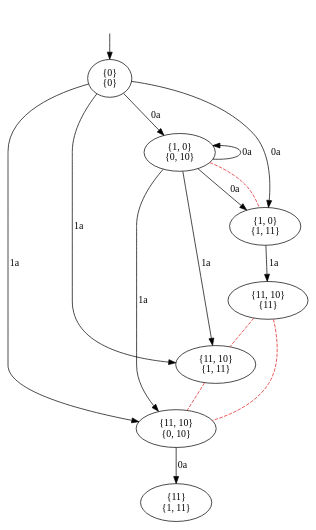
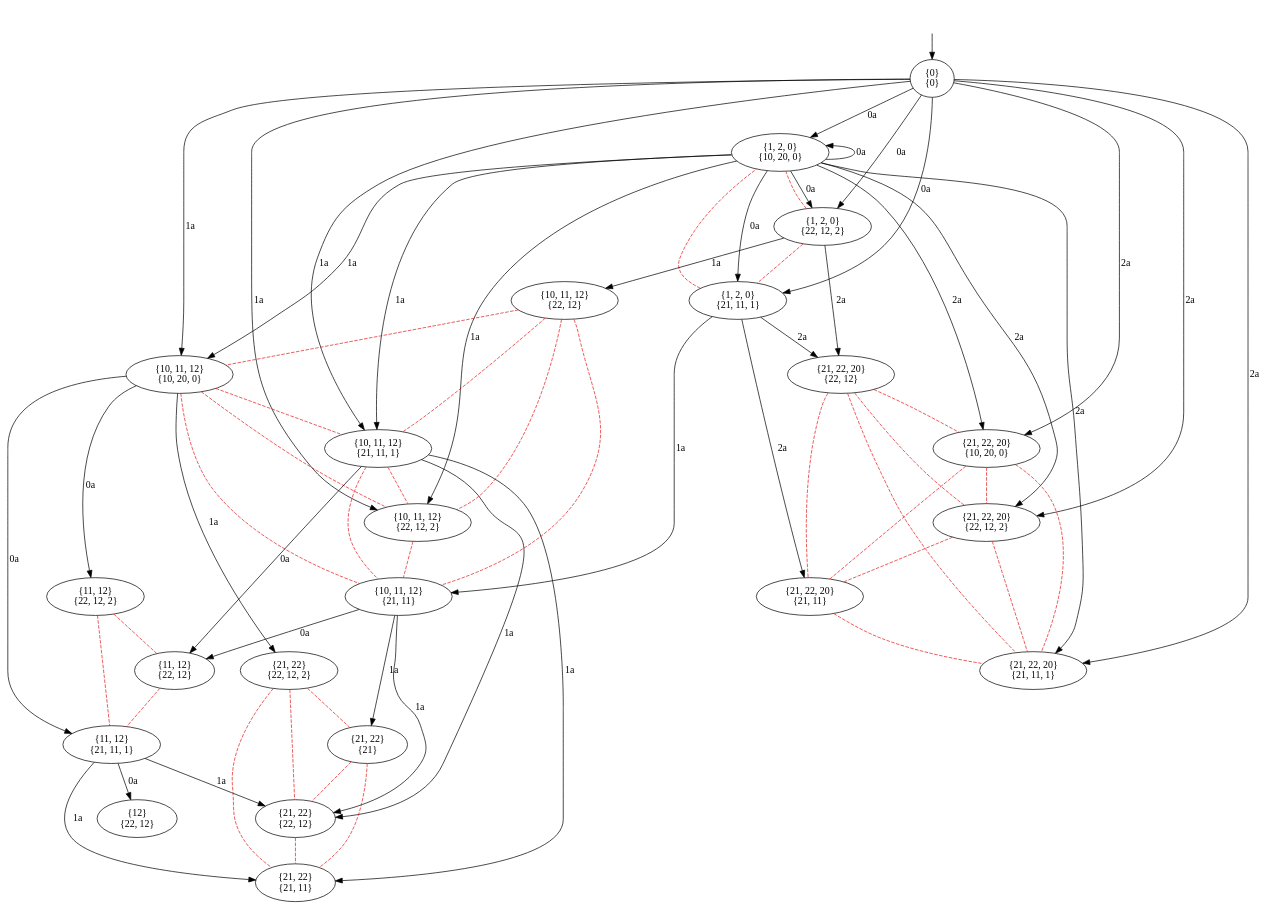
One commit to olandr/mkbsc changed the diagram in pictures/GK0.dot. Above: the diagram before and after it, drawn with Graphviz. The commit also changed 4 other files, not shown here.

```diff
--- a/pictures/GK0.dot
+++ b/pictures/GK0.dot
@@ -1,29 +1,97 @@
 digraph  {
 concentrate=False;
 nodesep=0.5;
 ranksep=0.5;
 splines=True;
-4552396136 [label="{0}\n{0}"];
-4552394680 [label="{1, 0}\n{0, 10}"];
-4552395744 [label="{11, 10}\n{0, 10}"];
-4552394456 [label="{1, 0}\n{1, 11}"];
-4552664904 [label="{11, 10}\n{1, 11}"];
-4552666976 [label="{11}\n{1, 11}"];
-4552665128 [label="{11, 10}\n{11}"];
+4645279784 [label="{0}\n{0}"];
+4645281128 [label="{1, 2, 0}\n{10, 20, 0}"];
+4645281408 [label="{10, 11, 12}\n{10, 20, 0}"];
+4645280568 [label="{21, 22, 20}\n{10, 20, 0}"];
+4645281744 [label="{1, 2, 0}\n{21, 11, 1}"];
+4645280512 [label="{10, 11, 12}\n{21, 11, 1}"];
+4645280736 [label="{21, 22, 20}\n{21, 11, 1}"];
+4645279840 [label="{1, 2, 0}\n{22, 12, 2}"];
+4645279504 [label="{10, 11, 12}\n{22, 12, 2}"];
+4645280624 [label="{21, 22, 20}\n{22, 12, 2}"];
+4645250552 [label="{11, 12}\n{21, 11, 1}"];
+4645249712 [label="{11, 12}\n{22, 12, 2}"];
+4645250832 [label="{21, 22}\n{22, 12, 2}"];
+4645250944 [label="{10, 11, 12}\n{21, 11}"];
+4645251504 [label="{21, 22, 20}\n{21, 11}"];
+4645251616 [label="{21, 22, 20}\n{22, 12}"];
+4645251168 [label="{21, 22}\n{21, 11}"];
+4645251896 [label="{11, 12}\n{22, 12}"];
+4645251784 [label="{21, 22}\n{22, 12}"];
+4645252120 [label="{10, 11, 12}\n{22, 12}"];
+4645251672 [label="{12}\n{22, 12}"];
+4645252512 [label="{21, 22}\n{21}"];
 hidden [label="", shape=none];
-4552396136 -> 4552394680  [action="('0a',)", key="('0a',)", label="0a"];
-4552396136 -> 4552395744  [action="('1a',)", key="('1a',)", label="1a"];
-4552396136 -> 4552394456  [action="('0a',)", key="('0a',)", label="0a"];
-4552396136 -> 4552664904  [action="('1a',)", key="('1a',)", label="1a"];
-4552394680 -> 4552394680  [action="('0a',)", dir=back, key="('0a',)", label="0a"];
-4552394680 -> 4552395744  [action="('1a',)", key="('1a',)", label="1a"];
-4552394680 -> 4552394456  [action="('0a',)", key="('0a',)", label="0a"];
-4552394680 -> 4552394456  [arrowhead=none, color=1, colorscheme=set19, constraint=True, key=1, label="", style=dashed];
-4552394680 -> 4552664904  [action="('1a',)", key="('1a',)", label="1a"];
-4552395744 -> 4552666976  [action="('0a',)", key="('0a',)", label="0a"];
-4552394456 -> 4552665128  [action="('1a',)", key="('1a',)", label="1a"];
-4552664904 -> 4552395744  [arrowhead=none, color=1, colorscheme=set19, constraint=True, key=0, label="", style=dashed];
-4552665128 -> 4552664904  [arrowhead=none, color=1, colorscheme=set19, constraint=True, key=0, label="", style=dashed];
-4552665128 -> 4552395744  [arrowhead=none, color=1, colorscheme=set19, constraint=True, key=0, label="", style=dashed];
-hidden -> 4552396136  [key=0];
+4645279784 -> 4645281128  [action="('0a',)", key="('0a',)", label="0a"];
+4645279784 -> 4645281408  [action="('1a',)", key="('1a',)", label="1a"];
+4645279784 -> 4645280568  [action="('2a',)", key="('2a',)", label="2a"];
+4645279784 -> 4645281744  [action="('0a',)", key="('0a',)", label="0a"];
+4645279784 -> 4645280512  [action="('1a',)", key="('1a',)", label="1a"];
+4645279784 -> 4645280736  [action="('2a',)", key="('2a',)", label="2a"];
+4645279784 -> 4645279840  [action="('0a',)", key="('0a',)", label="0a"];
+4645279784 -> 4645279504  [action="('1a',)", key="('1a',)", label="1a"];
+4645279784 -> 4645280624  [action="('2a',)", key="('2a',)", label="2a"];
+4645281128 -> 4645281128  [action="('0a',)", dir=back, key="('0a',)", label="0a"];
+4645281128 -> 4645281408  [action="('1a',)", key="('1a',)", label="1a"];
+4645281128 -> 4645280568  [action="('2a',)", key="('2a',)", label="2a"];
+4645281128 -> 4645281744  [action="('0a',)", key="('0a',)", label="0a"];
+4645281128 -> 4645280512  [action="('1a',)", key="('1a',)", label="1a"];
+4645281128 -> 4645280736  [action="('2a',)", key="('2a',)", label="2a"];
+4645281128 -> 4645279840  [action="('0a',)", key="('0a',)", label="0a"];
+4645281128 -> 4645279504  [action="('1a',)", key="('1a',)", label="1a"];
+4645281128 -> 4645280624  [action="('2a',)", key="('2a',)", label="2a"];
+4645281408 -> 4645250552  [action="('0a',)", key="('0a',)", label="0a"];
+4645281408 -> 4645249712  [action="('0a',)", key="('0a',)", label="0a"];
+4645281408 -> 4645250832  [action="('1a',)", key="('1a',)", label="1a"];
+4645281408 -> 4645280512  [arrowhead=none, color=1, colorscheme=set19, constraint=True, key=0, label="", style=dashed];
+4645281408 -> 4645279504  [arrowhead=none, color=1, colorscheme=set19, constraint=True, key=0, label="", style=dashed];
+4645281408 -> 4645250944  [arrowhead=none, color=1, colorscheme=set19, constraint=True, key=0, label="", style=dashed];
+4645280568 -> 4645280624  [arrowhead=none, color=1, colorscheme=set19, constraint=True, key=0, label="", style=dashed];
+4645280568 -> 4645251504  [arrowhead=none, color=1, colorscheme=set19, constraint=True, key=0, label="", style=dashed];
+4645280568 -> 4645280736  [arrowhead=none, color=1, colorscheme=set19, constraint=True, key=0, label="", style=dashed];
+4645281744 -> 4645250944  [action="('1a',)", key="('1a',)", label="1a"];
+4645281744 -> 4645251504  [action="('2a',)", key="('2a',)", label="2a"];
+4645281744 -> 4645251616  [action="('2a',)", key="('2a',)", label="2a"];
+4645281744 -> 4645281128  [arrowhead=none, color=1, colorscheme=set19, constraint=True, key=0, label="", style=dashed];
+4645280512 -> 4645251168  [action="('1a',)", key="('1a',)", label="1a"];
+4645280512 -> 4645251896  [action="('0a',)", key="('0a',)", label="0a"];
+4645280512 -> 4645251784  [action="('1a',)", key="('1a',)", label="1a"];
+4645280512 -> 4645279504  [arrowhead=none, color=1, colorscheme=set19, constraint=True, key=0, label="", style=dashed];
+4645280512 -> 4645250944  [arrowhead=none, color=1, colorscheme=set19, constraint=True, key=0, label="", style=dashed];
+4645279840 -> 4645252120  [action="('1a',)", key="('1a',)", label="1a"];
+4645279840 -> 4645251616  [action="('2a',)", key="('2a',)", label="2a"];
+4645279840 -> 4645281744  [arrowhead=none, color=1, colorscheme=set19, constraint=True, key=0, label="", style=dashed];
+4645279840 -> 4645281128  [arrowhead=none, color=1, colorscheme=set19, constraint=True, key=0, label="", style=dashed];
+4645279504 -> 4645250944  [arrowhead=none, color=1, colorscheme=set19, constraint=True, key=0, label="", style=dashed];
+4645280624 -> 4645251504  [arrowhead=none, color=1, colorscheme=set19, constraint=True, key=0, label="", style=dashed];
+4645280624 -> 4645280736  [arrowhead=none, color=1, colorscheme=set19, constraint=True, key=0, label="", style=dashed];
+4645250552 -> 4645251168  [action="('1a',)", key="('1a',)", label="1a"];
+4645250552 -> 4645251672  [action="('0a',)", key="('0a',)", label="0a"];
+4645250552 -> 4645251784  [action="('1a',)", key="('1a',)", label="1a"];
+4645249712 -> 4645251896  [arrowhead=none, color=1, colorscheme=set19, constraint=True, key=0, label="", style=dashed];
+4645249712 -> 4645250552  [arrowhead=none, color=1, colorscheme=set19, constraint=True, key=0, label="", style=dashed];
+4645250832 -> 4645252512  [arrowhead=none, color=1, colorscheme=set19, constraint=True, key=0, label="", style=dashed];
+4645250832 -> 4645251784  [arrowhead=none, color=1, colorscheme=set19, constraint=True, key=0, label="", style=dashed];
+4645250832 -> 4645251168  [arrowhead=none, color=1, colorscheme=set19, constraint=True, key=0, label="", style=dashed];
+4645250944 -> 4645252512  [action="('1a',)", key="('1a',)", label="1a"];
+4645250944 -> 4645251896  [action="('0a',)", key="('0a',)", label="0a"];
+4645250944 -> 4645251784  [action="('1a',)", key="('1a',)", label="1a"];
+4645251504 -> 4645280736  [arrowhead=none, color=1, colorscheme=set19, constraint=True, key=0, label="", style=dashed];
+4645251616 -> 4645280568  [arrowhead=none, color=1, colorscheme=set19, constraint=True, key=0, label="", style=dashed];
+4645251616 -> 4645280624  [arrowhead=none, color=1, colorscheme=set19, constraint=True, key=0, label="", style=dashed];
+4645251616 -> 4645251504  [arrowhead=none, color=1, colorscheme=set19, constraint=True, key=0, label="", style=dashed];
+4645251616 -> 4645280736  [arrowhead=none, color=1, colorscheme=set19, constraint=True, key=0, label="", style=dashed];
+4645251896 -> 4645250552  [arrowhead=none, color=1, colorscheme=set19, constraint=True, key=0, label="", style=dashed];
+4645251784 -> 4645251168  [arrowhead=none, color=1, colorscheme=set19, constraint=True, key=0, label="", style=dashed];
+4645252120 -> 4645281408  [arrowhead=none, color=1, colorscheme=set19, constraint=True, key=0, label="", style=dashed];
+4645252120 -> 4645280512  [arrowhead=none, color=1, colorscheme=set19, constraint=True, key=0, label="", style=dashed];
+4645252120 -> 4645279504  [arrowhead=none, color=1, colorscheme=set19, constraint=True, key=0, label="", style=dashed];
+4645252120 -> 4645250944  [arrowhead=none, color=1, colorscheme=set19, constraint=True, key=0, label="", style=dashed];
+4645252512 -> 4645251784  [arrowhead=none, color=1, colorscheme=set19, constraint=True, key=0, label="", style=dashed];
+4645252512 -> 4645251168  [arrowhead=none, color=1, colorscheme=set19, constraint=True, key=0, label="", style=dashed];
+hidden -> 4645279784  [key=0];
 }
```
